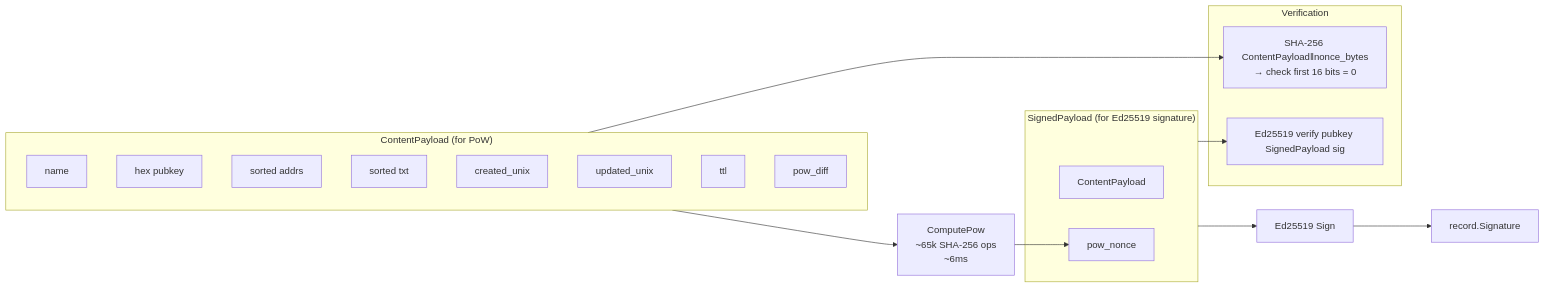
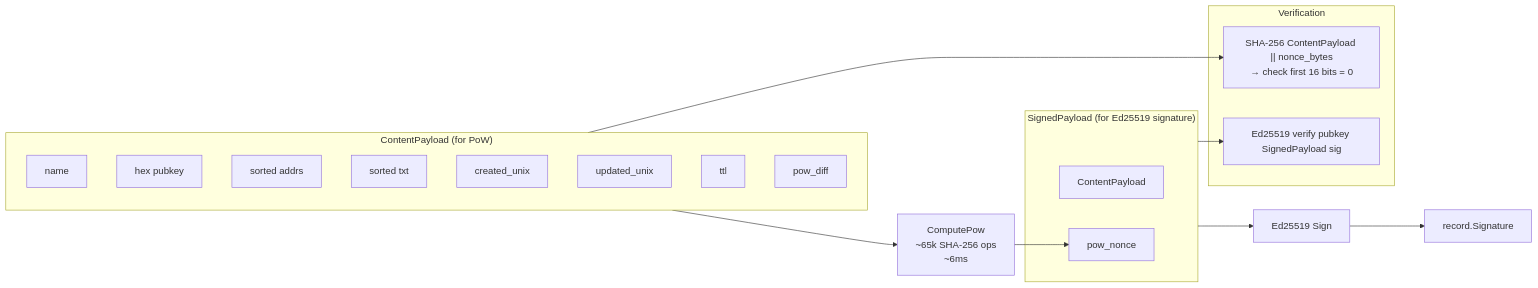
Before and after one commit to AgathEmmanuel/ddns: the eighth of 21 diagrams in ARCHITECTURE.md, drawn with Mermaid. The commit also changed other lines of this file, not shown here.

````diff
--- a/ARCHITECTURE.md
+++ b/ARCHITECTURE.md
@@ -286,31 +286,31 @@
 ```mermaid
 graph LR
     subgraph ContentPayload["ContentPayload (for PoW)"]
         F1[name]
         F2[hex pubkey]
         F3[sorted addrs]
         F4[sorted txt]
         F5[created_unix]
         F6[updated_unix]
         F7[ttl]
         F8[pow_diff]
     end
 
     subgraph SignedPayload["SignedPayload (for Ed25519 signature)"]
         CP[ContentPayload]
         F9[pow_nonce]
     end
 
     subgraph Verification
-        V1[SHA-256 ContentPayload‖nonce_bytes\n→ check first 16 bits = 0]
+        V1["SHA-256 ContentPayload #124;#124; nonce_bytes\n→ check first 16 bits = 0"]
         V2[Ed25519 verify pubkey SignedPayload sig]
     end
 
     ContentPayload --> POW[ComputePow\n~65k SHA-256 ops\n~6ms]
     POW --> F9
     SignedPayload --> SIGN[Ed25519 Sign]
     SIGN --> SIG[record.Signature]
 
     ContentPayload --> V1
     SignedPayload --> V2
 ```
````
